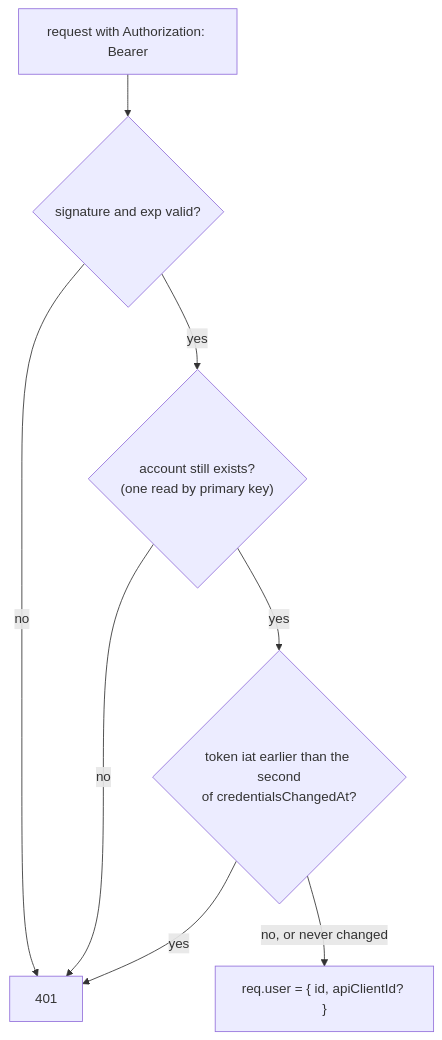
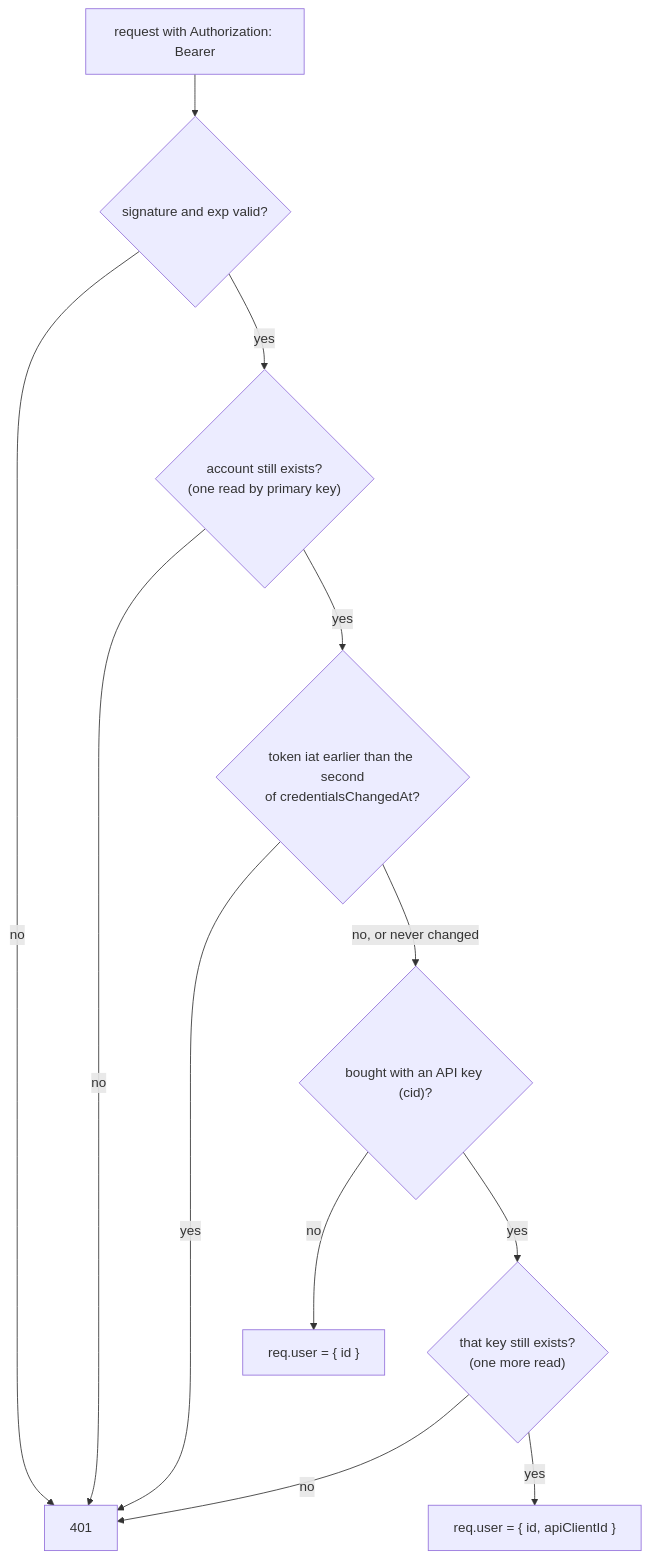
Before and after one commit to kidp8479/42_hypertube: the eighth of 17 diagrams in docs/diagrams/auth.md, drawn with Mermaid. The commit also changed other lines of this file and 10 other files, not shown here.

First line of the commit message:
feat(HYP-147): revoking an API key ends the tokens bought with it

````diff
--- a/docs/diagrams/auth.md
+++ b/docs/diagrams/auth.md
@@ -200,10 +200,14 @@
 ```mermaid
 flowchart TD
     R["request with Authorization: Bearer"] --> S{"signature and exp valid?"}
     S -- no --> X["401"]
     S -- yes --> U{"account still exists?<br/>(one read by primary key)"}
     U -- no --> X
     U -- yes --> T{"token iat earlier than the second<br/>of credentialsChangedAt?"}
     T -- yes --> X
-    T -- "no, or never changed" --> OK["req.user = { id, apiClientId? }"]
+    T -- "no, or never changed" --> K{"bought with an API key (cid)?"}
+    K -- no --> OK["req.user = { id }"]
+    K -- yes --> KE{"that key still exists?<br/>(one more read)"}
+    KE -- no --> X
+    KE -- yes --> OKC["req.user = { id, apiClientId }"]
 ```
````
